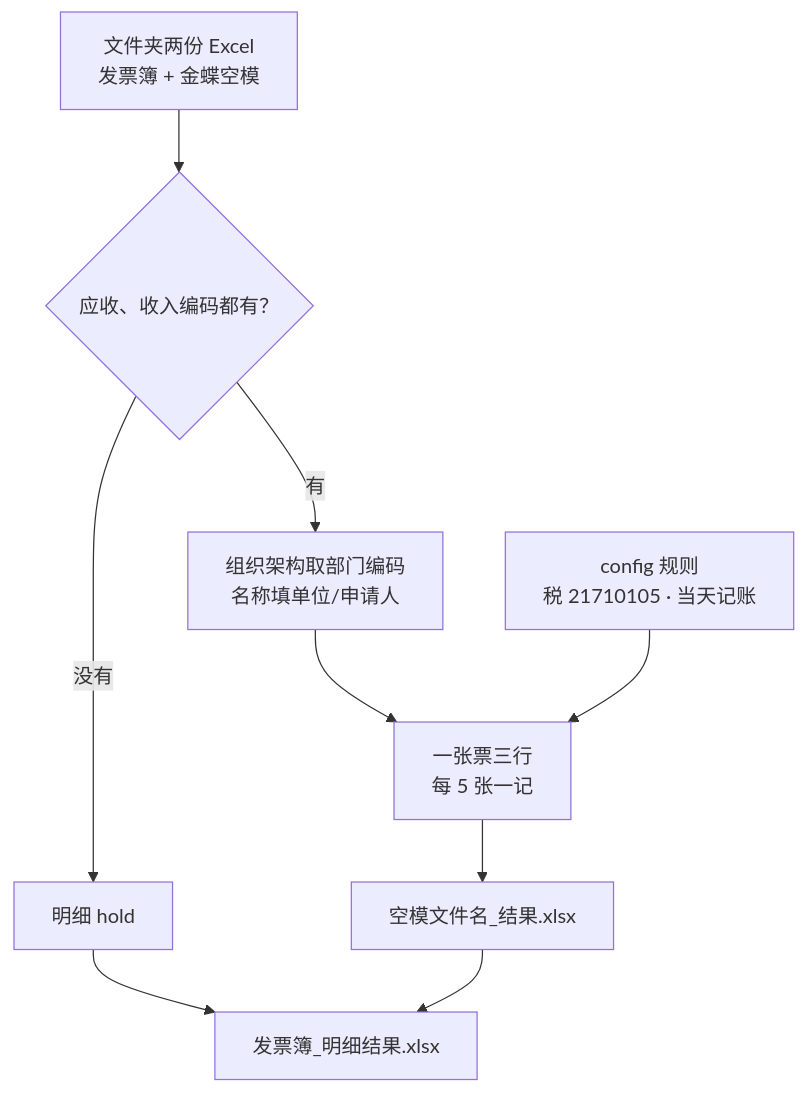
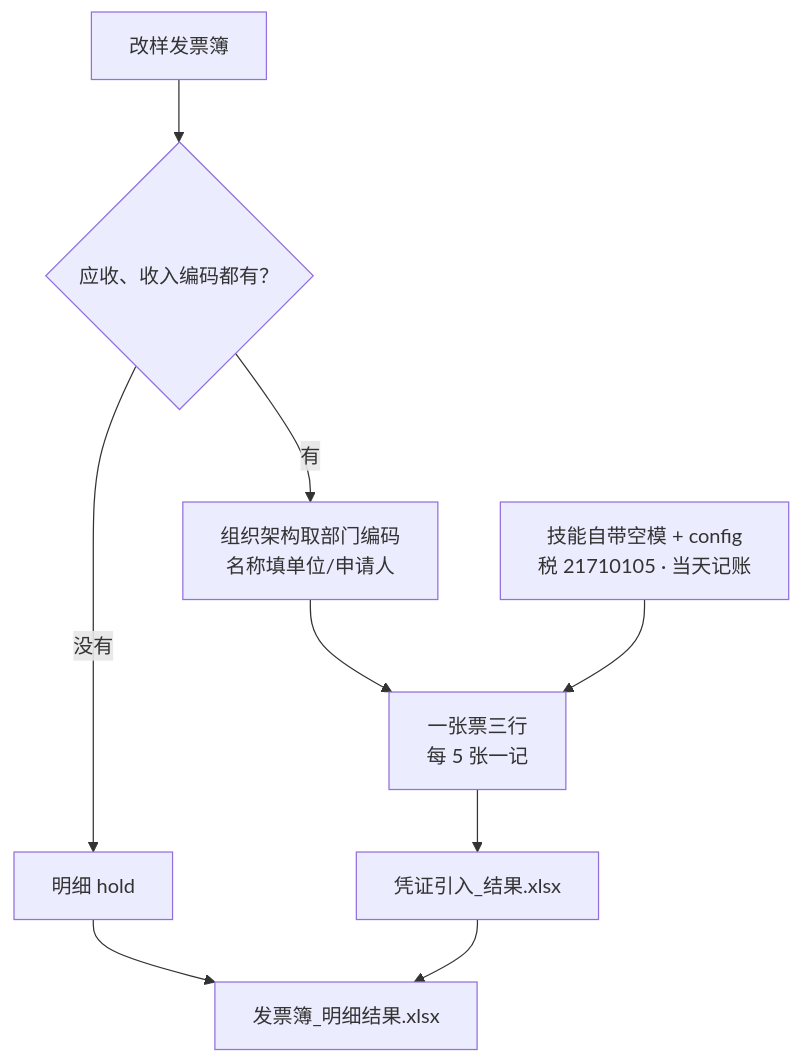
The diagram in skills/qige-invoice-to-kingdee/README.md (EvanLee2004/finance-skills), drawn with Mermaid before and after one commit. The commit also changed other lines of this file and 31 other files, not shown here.

````diff
--- a/skills/qige-invoice-to-kingdee/README.md
+++ b/skills/qige-invoice-to-kingdee/README.md
@@ -41,11 +49,11 @@
 ```mermaid
 flowchart TD
-  A["文件夹两份 Excel<br/>发票簿 + 金蝶空模"] --> B{"应收、收入编码都有？"}
+  A["改样发票簿"] --> B{"应收、收入编码都有？"}
   B -->|没有| H["明细 hold"]
   B -->|有| C["组织架构取部门编码<br/>名称填单位/申请人"]
   C --> D["一张票三行<br/>每 5 张一记"]
-  D --> E["空模文件名_结果.xlsx"]
+  D --> E["凭证引入_结果.xlsx"]
   H --> F["发票簿_明细结果.xlsx"]
   E --> F
-  R["config 规则<br/>税 21710105 · 当天记账"] --> D
+  R["技能自带空模 + config<br/>税 21710105 · 当天记账"] --> D
 ```
````
